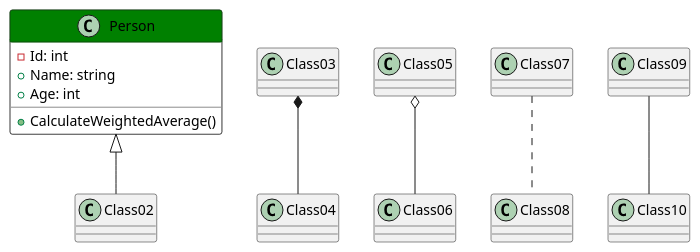
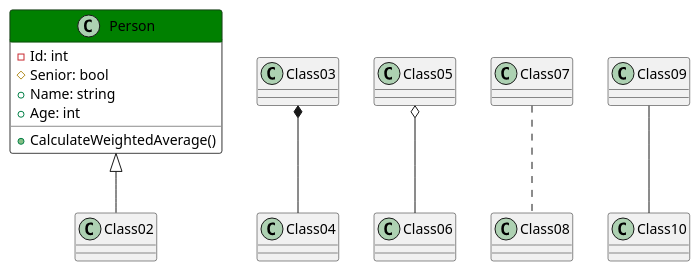
The diagram in test.iuml (Pasgaard/Xperior-Sandbox), drawn with PlantUML before and after one commit.

```diff
--- a/test.iuml
+++ b/test.iuml
@@ -1,14 +1,15 @@
 @startuml
 Class Person #back:white;header:Green
 {
--Id: int
-+Name: string
-+Age: int
-+CalculateWeightedAverage()
+- Id: int
+# Senior: bool
++ Name: string
++ Age: int
++ CalculateWeightedAverage()
 }
 Person <|-- Class02
 Class03 *-- Class04
 Class05 o-- Class06
 Class07 .. Class08
 Class09 -- Class10
 @enduml
```
